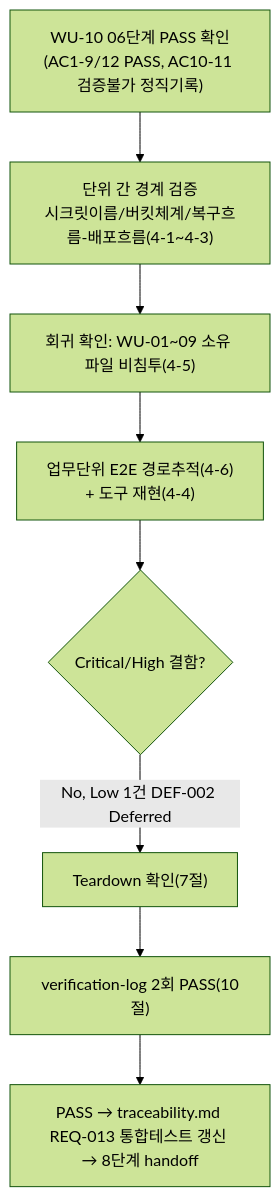
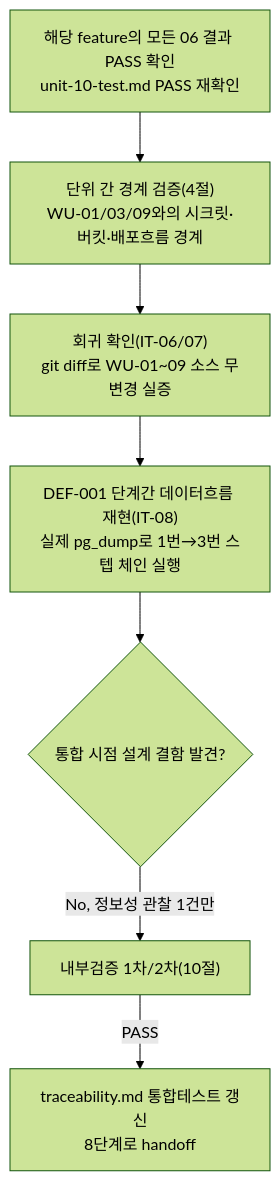
The diagram in docs/harness/feature-WU-10-integration-test.md (jcs19752510-ui/AI-AUTO-WORK), drawn with Mermaid (forest theme) before and after one commit. The commit also changed other lines of this file and 21 other files, not shown here.

````diff
--- a/docs/harness/feature-WU-10-integration-test.md
+++ b/docs/harness/feature-WU-10-integration-test.md
@@ -172,10 +114,9 @@
 ```mermaid
 flowchart TD
-    A["WU-10 06단계 PASS 확인(AC1-9/12 PASS, AC10-11 검증불가 정직기록)"] --> B["단위 간 경계 검증<br/>시크릿이름/버킷체계/복구흐름-배포흐름(4-1~4-3)"]
-    B --> C["회귀 확인: WU-01~09 소유 파일 비침투(4-5)"]
-    C --> D["업무단위 E2E 경로추적(4-6)<br/>+ 도구 재현(4-4)"]
-    D --> E{Critical/High 결함?}
-    E -->|No, Low 1건 DEF-002 Deferred| G["Teardown 확인(7절)"]
-    G --> H["verification-log 2회 PASS(10절)"]
-    H --> I["PASS → traceability.md REQ-013 통합테스트 갱신 → 8단계 handoff"]
+    A["해당 feature의 모든 06 결과 PASS 확인<br/>unit-10-test.md PASS 재확인"] --> B["단위 간 경계 검증(4절)<br/>WU-01/03/09와의 시크릿·버킷·배포흐름 경계"]
+    B --> C["회귀 확인(IT-06/07)<br/>git diff로 WU-01~09 소스 무변경 실증"]
+    C --> D["DEF-001 단계간 데이터흐름 재현(IT-08)<br/>실제 pg_dump로 1번→3번 스텝 체인 실행"]
+    D --> E{통합 시점 설계 결함 발견?}
+    E -->|No, 정보성 관찰 1건만| G["내부검증 1차/2차(10절)"]
+    G -->|PASS| H["traceability.md 통합테스트 갱신<br/>8단계로 handoff"]
 ```
````
